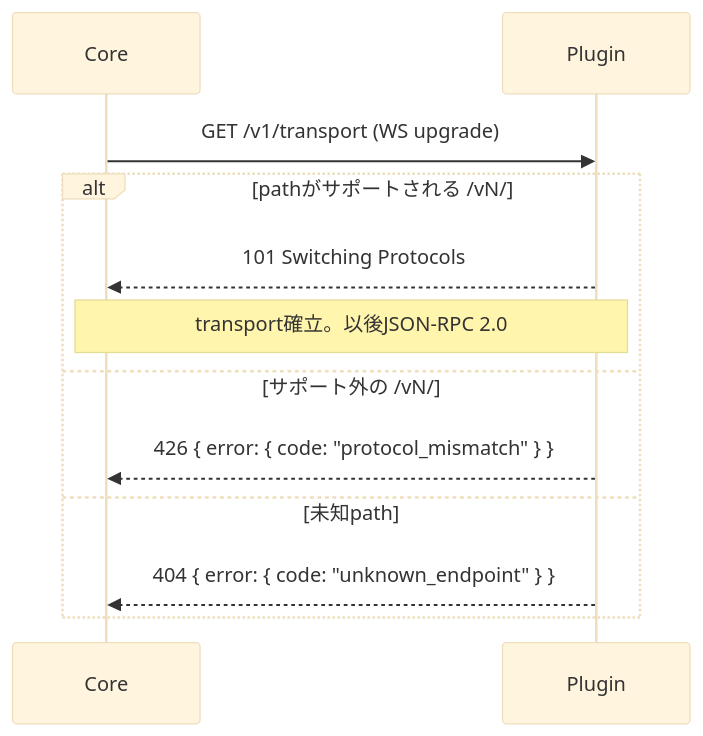
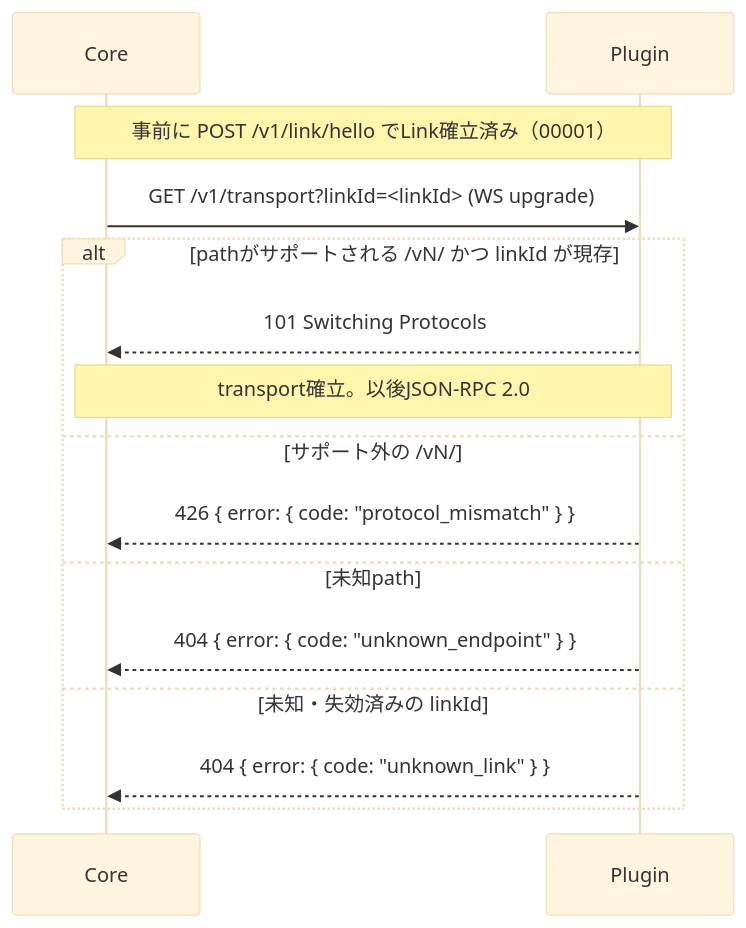
Before and after one commit to naatin777/plugumi: the first of 2 diagrams in docs/contracts/00002-async-channel.md, drawn with Mermaid (base theme). The commit also changed other lines of this file and 23 other files, not shown here.

````diff
--- a/docs/contracts/00002-async-channel.md
+++ b/docs/contracts/00002-async-channel.md
@@ -32,15 +33,18 @@
 ```mermaid
 sequenceDiagram
     participant Core
     participant Plugin
 
-    Core->>Plugin: GET /v1/transport (WS upgrade)
-    alt pathがサポートされる /vN/
+    Note over Core,Plugin: 事前に POST /v1/link/hello でLink確立済み（00001）
+    Core->>Plugin: GET /v1/transport?linkId=<linkId> (WS upgrade)
+    alt pathがサポートされる /vN/ かつ linkId が現存
         Plugin-->>Core: 101 Switching Protocols
         Note over Core,Plugin: transport確立。以後JSON-RPC 2.0
     else サポート外の /vN/
         Plugin-->>Core: 426 { error: { code: "protocol_mismatch" } }
     else 未知path
         Plugin-->>Core: 404 { error: { code: "unknown_endpoint" } }
+    else 未知・失効済みの linkId
+        Plugin-->>Core: 404 { error: { code: "unknown_link" } }
     end
 ```
````
